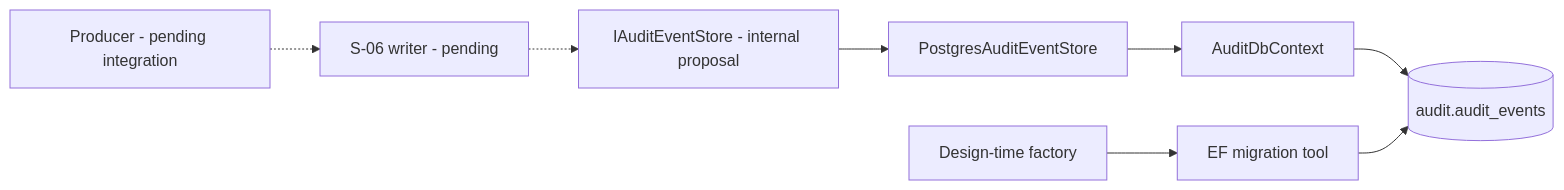
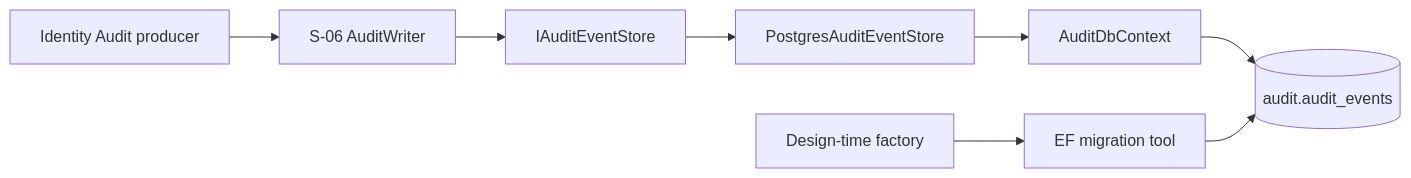
The first of 2 diagrams in docs/components/audit/PERSISTENCE.md (djufa762x39/security-lab), drawn with Mermaid before and after one commit. The commit also changed other lines of this file and 7 other files, not shown here.

Commit message:
test(AUD-01): prove Identity audit integration

````diff
--- a/docs/components/audit/PERSISTENCE.md
+++ b/docs/components/audit/PERSISTENCE.md
@@ -47,10 +47,10 @@
 ```mermaid
 flowchart LR
-    Producer[Producer - pending integration] -.-> Writer[S-06 writer - pending]
-    Writer -.-> Port[IAuditEventStore - internal proposal]
+    Producer[Identity Audit producer] --> Writer[S-06 AuditWriter]
+    Writer --> Port[IAuditEventStore]
     Port --> Store[PostgresAuditEventStore]
     Store --> Context[AuditDbContext]
     Context --> Database[(audit.audit_events)]
     Factory[Design-time factory] --> Migration[EF migration tool]
     Migration --> Database
 ```
````
